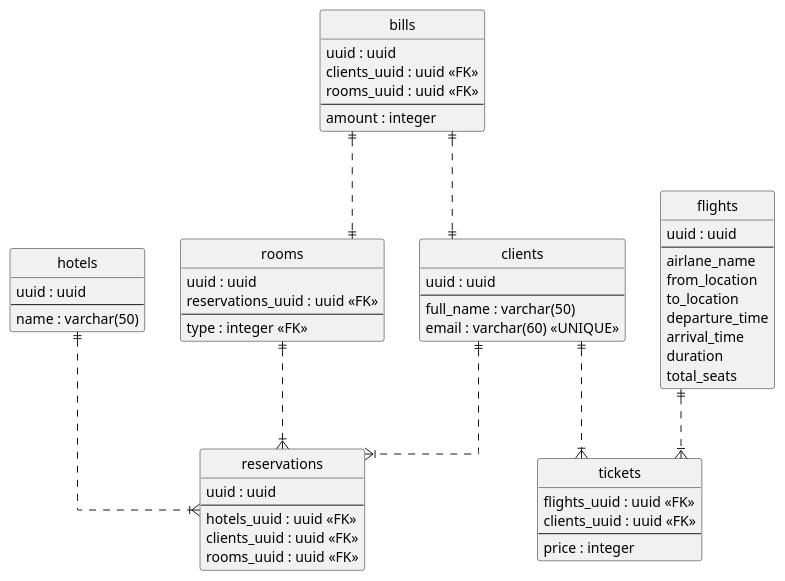
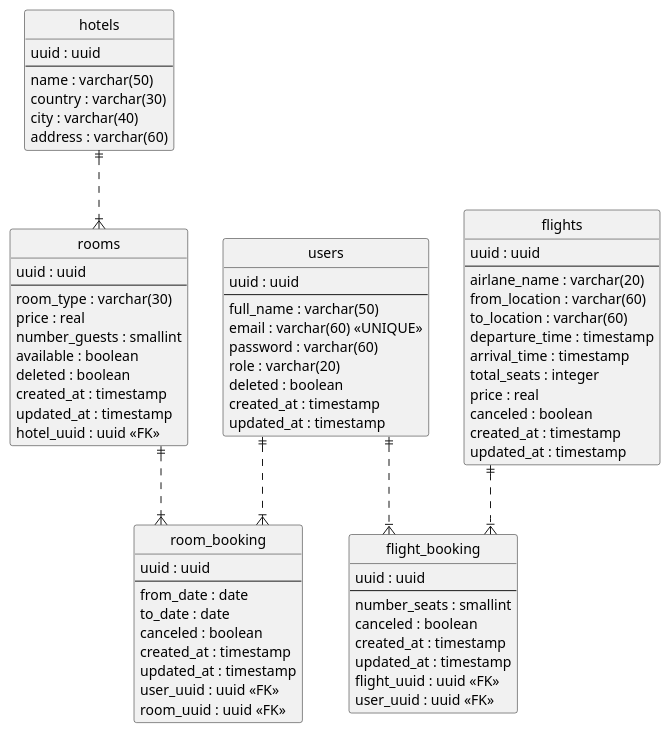
Before and after one commit to edwarmv/bpk_python_back-end_capacitation: the diagram in diagrams/er-diagram.puml, drawn with PlantUML. The commit also changed 3 other files, not shown here.

Commit message:
feat: update er diagram

```diff
--- a/diagrams/er-diagram.puml
+++ b/diagrams/er-diagram.puml
@@ -1,73 +1,88 @@
 @startuml
 
 ' hide the spot
 hide circle
 
 ' avoid problems with angled crows feet
 skinparam linetype ortho
 
 entity hotels {
   uuid : uuid
   --
   name : varchar(50)
+  country : varchar(30)
+  city : varchar(40)
+  address : varchar(60)
 }
 
-entity reservations {
+entity room_booking {
   uuid : uuid
   --
-  hotels_uuid : uuid <<FK>>
-  clients_uuid : uuid <<FK>>
-  rooms_uuid : uuid <<FK>>
+  from_date : date
+  to_date : date
+  canceled : boolean
+  created_at : timestamp
+  updated_at : timestamp
+  user_uuid : uuid <<FK>>
+  room_uuid : uuid <<FK>>
 }
 
 entity rooms {
   uuid : uuid
-  reservations_uuid : uuid <<FK>>
   --
-  type : integer <<FK>>
+  room_type : varchar(30)
+  price : real
+  number_guests : smallint
+  available : boolean
+  deleted : boolean
+  created_at : timestamp
+  updated_at : timestamp
+  hotel_uuid : uuid <<FK>>
 }
 
-entity clients {
+entity users {
   uuid : uuid
   --
   full_name : varchar(50)
   email : varchar(60) <<UNIQUE>>
-}
-
-entity bills {
-  uuid : uuid
-  clients_uuid : uuid <<FK>>
-  rooms_uuid : uuid <<FK>>
-  --
-  amount : integer
+  password : varchar(60)
+  role : varchar(20)
+  deleted : boolean
+  created_at : timestamp
+  updated_at : timestamp
 }
 
 entity flights {
   uuid : uuid
   --
-  airlane_name
-  from_location
-  to_location
-  departure_time
-  arrival_time
-  duration
-  total_seats
+  airlane_name : varchar(20)
+  from_location : varchar(60)
+  to_location : varchar(60)
+  departure_time : timestamp
+  arrival_time : timestamp
+  total_seats : integer
+  price : real
+  canceled : boolean
+  created_at : timestamp
+  updated_at : timestamp
 }
 
-entity tickets {
-  flights_uuid : uuid <<FK>>
-  clients_uuid : uuid <<FK>>
+entity flight_booking {
+  uuid : uuid
   --
-  price : integer
+  number_seats : smallint
+  canceled : boolean
+  created_at : timestamp
+  updated_at : timestamp
+  flight_uuid : uuid <<FK>>
+  user_uuid : uuid <<FK>>
 }
 
-hotels ||..|{ reservations
-clients ||..|{ reservations
-rooms ||..|{ reservations
-bills ||..|| clients
-bills ||..|| rooms
+hotels ||..|{ rooms
+users ||..|{ room_booking
+rooms ||..|{ room_booking
 
-clients ||..|{ tickets
-flights ||..|{ tickets
+users ||..|{ flight_booking
+flights ||..|{ flight_booking
 
 @enduml
```
